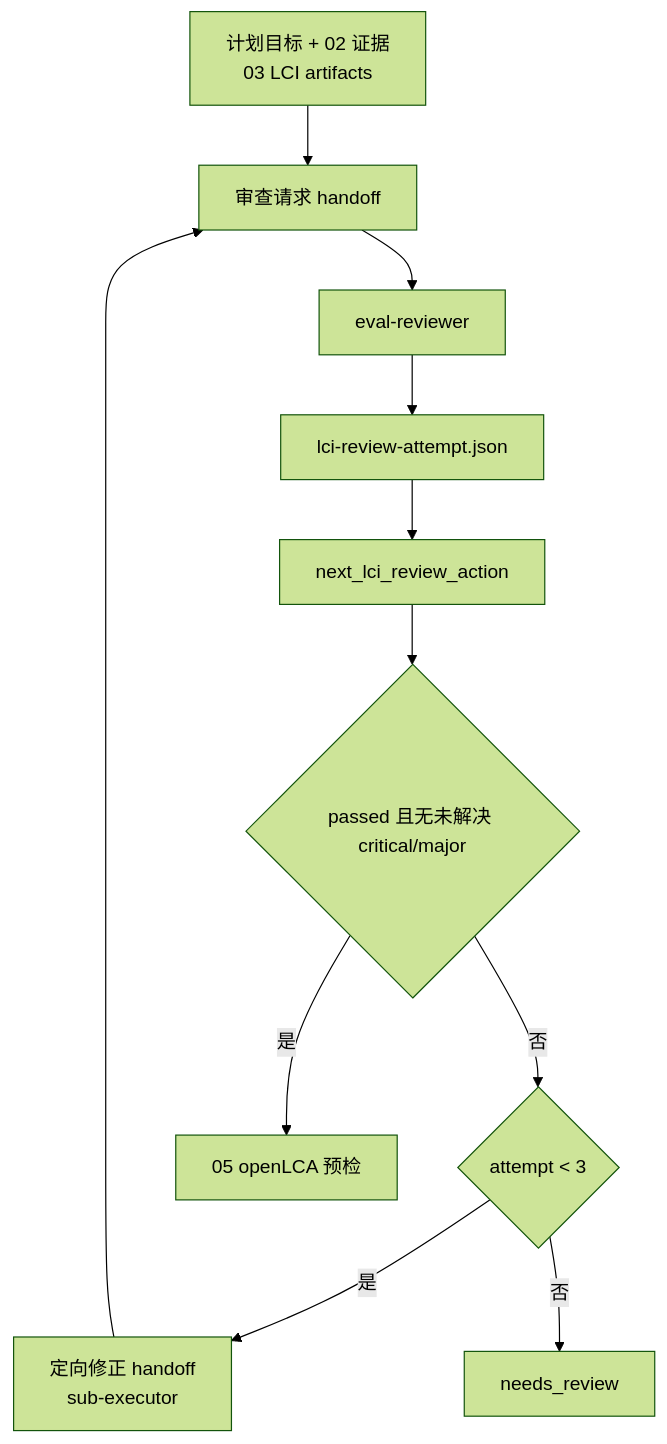
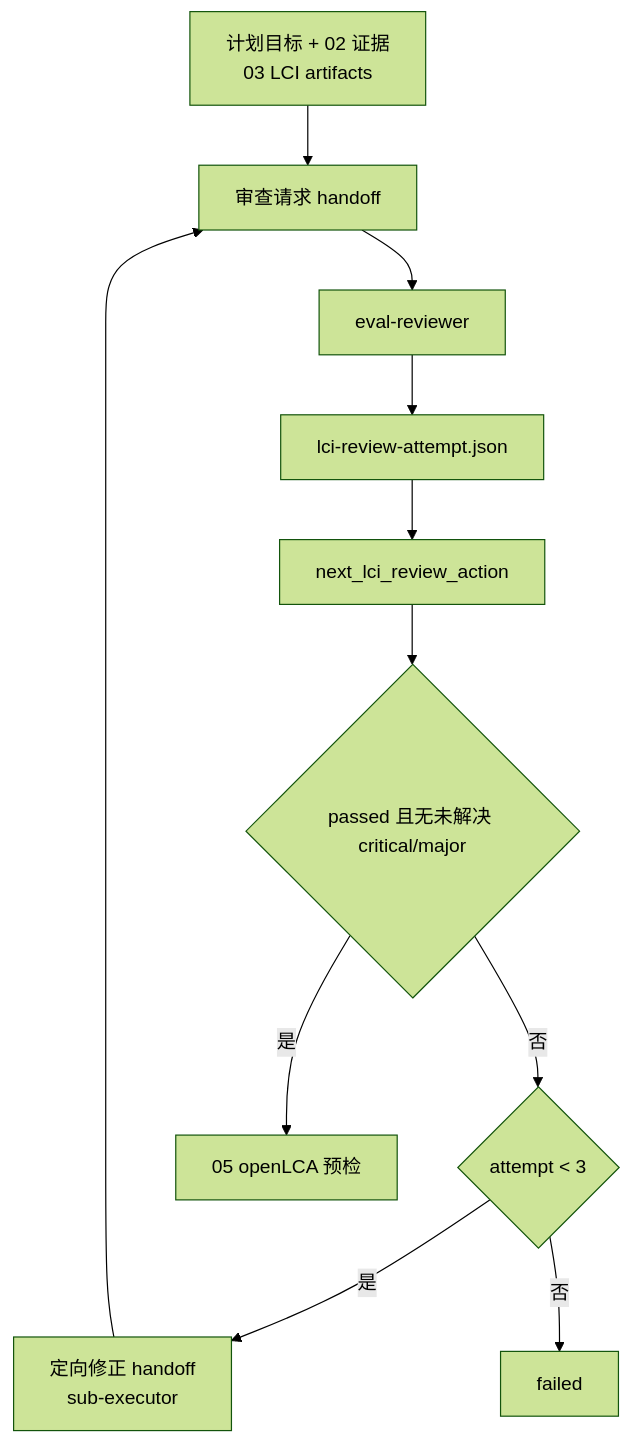
One commit to mrzed891194322/Harness-driven-LCA-dev-agents changed the diagram in harness/specs/04-lci-quality-evaluation/schema_mapping.md. Above: the diagram before and after it, drawn with Mermaid (forest theme). The commit also changed other lines of this file and 40 other files, not shown here.

````diff
--- a/harness/specs/04-lci-quality-evaluation/schema_mapping.md
+++ b/harness/specs/04-lci-quality-evaluation/schema_mapping.md
@@ -7,19 +7,19 @@
 ```mermaid
 flowchart TD
     inputs["计划目标 + 02 证据<br/>03 LCI artifacts"]
     request["审查请求 handoff"]
     reviewer["eval-reviewer"]
     review["lci-review-attempt.json"]
     action["next_lci_review_action"]
     passed{"passed 且无未解决 critical/major"}
     attempt{"attempt < 3"}
     fix["定向修正 handoff<br/>sub-executor"]
     next["05 openLCA 预检"]
-    stop["needs_review"]
+    stop["failed"]
 
     inputs --> request --> reviewer --> review --> action --> passed
     passed -->|是| next
     passed -->|否| attempt
     attempt -->|是| fix --> request
     attempt -->|否| stop
 ```
````
